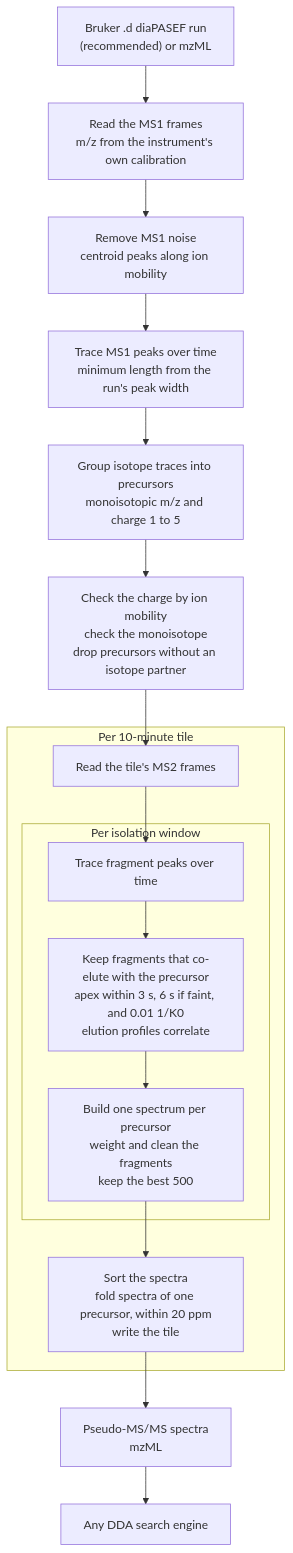
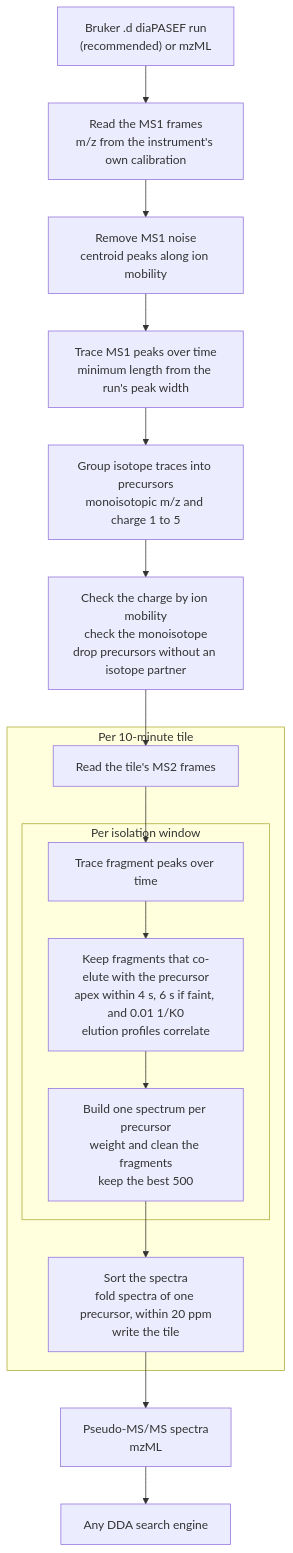
One commit to okohlbacher/diaspextract changed the diagram in README.md. Above: the diagram before and after it, drawn with Mermaid. The commit also changed other lines of this file and 19 other files, not shown here.

````diff
--- a/README.md
+++ b/README.md
@@ -16,21 +19,21 @@
 ```mermaid
 flowchart TD
     IN["Bruker .d diaPASEF run<br/>(recommended) or mzML"] --> MS1["Read the MS1 frames<br/>m/z from the instrument's own calibration"]
     MS1 --> CLEAN["Remove MS1 noise<br/>centroid peaks along ion mobility"]
     CLEAN --> TRACE["Trace MS1 peaks over time<br/>minimum length from the run's peak width"]
     TRACE --> PREC["Group isotope traces into precursors<br/>monoisotopic m/z and charge 1 to 5"]
     PREC --> CHECK["Check the charge by ion mobility<br/>check the monoisotope<br/>drop precursors without an isotope partner"]
     subgraph TILE["Per 10-minute tile"]
         READ["Read the tile's MS2 frames"]
         subgraph WIN["Per isolation window"]
-            FRAG["Trace fragment peaks over time"] --> GATE["Keep fragments that co-elute with the precursor<br/>apex within 3 s, 6 s if faint, and 0.01 1/K0<br/>elution profiles correlate"]
+            FRAG["Trace fragment peaks over time"] --> GATE["Keep fragments that co-elute with the precursor<br/>apex within 4 s, 6 s if faint, and 0.01 1/K0<br/>elution profiles correlate"]
             GATE --> SPEC["Build one spectrum per precursor<br/>weight and clean the fragments<br/>keep the best 500"]
         end
         FOLD["Sort the spectra<br/>fold spectra of one precursor, within 20 ppm<br/>write the tile"]
     end
     CHECK --> READ
     READ --> FRAG
     SPEC --> FOLD
     FOLD --> OUT["Pseudo-MS/MS spectra<br/>mzML"]
     OUT --> SEARCH["Any DDA search engine"]
 ```
````
